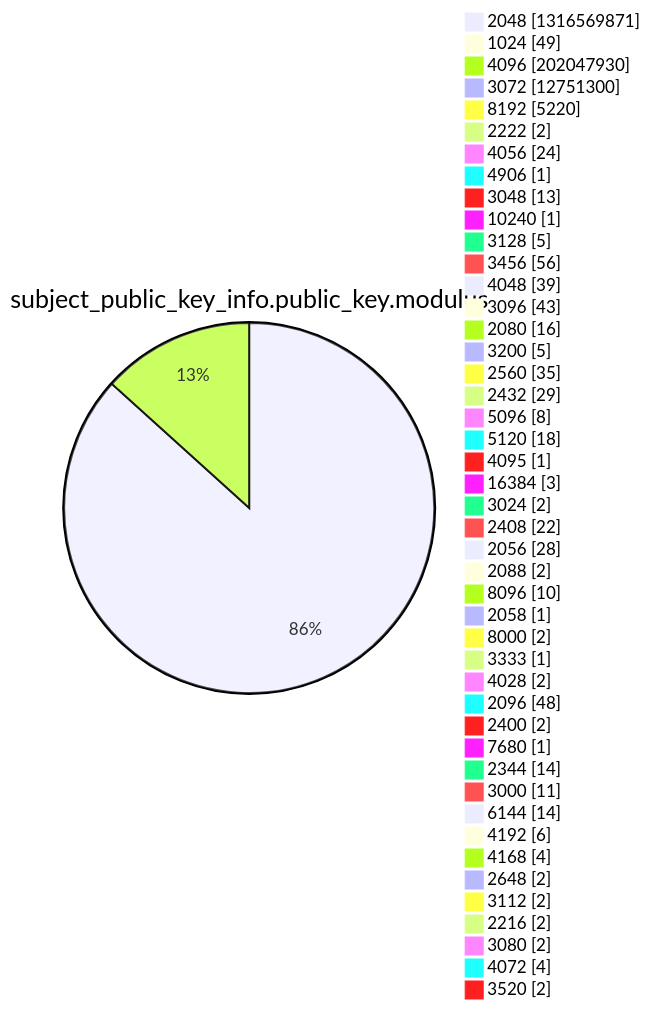
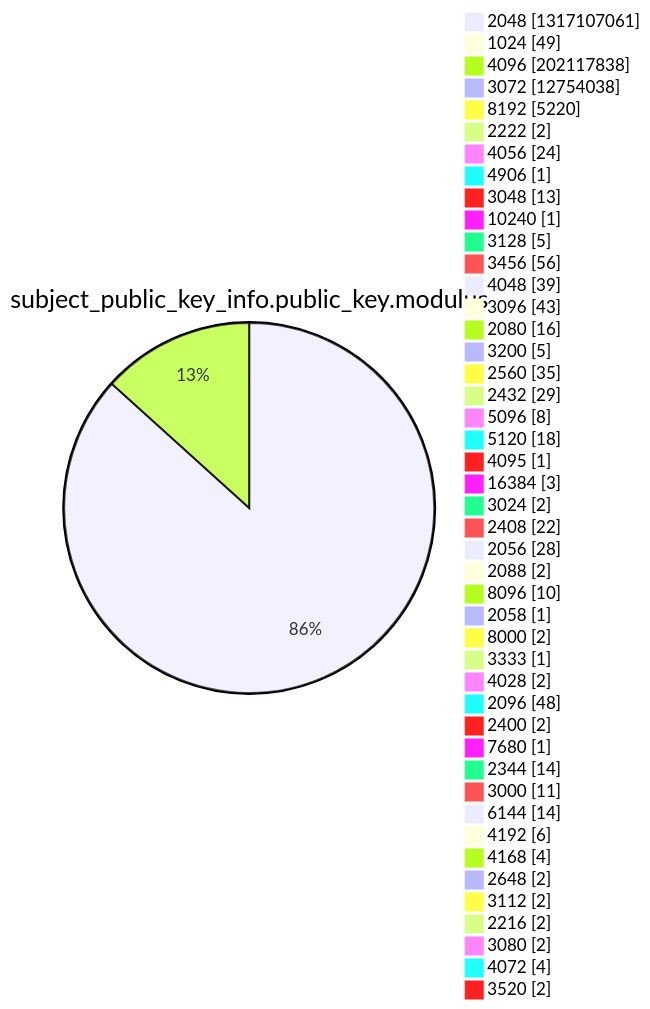
Before and after one commit to christiankrug/ctmonitor_visualization: diagram 13 of 15 in xenon2022/README.md, drawn with Mermaid. The commit also changed other lines of this file, not shown here.

````diff
--- a/xenon2022/README.md
+++ b/xenon2022/README.md
@@ -3924,49 +3924,49 @@
 ```mermaid
 pie showData
 title subject_public_key_info.public_key.modulus
-"2048" :1316569871
+"2048" :1317107061
 "1024" :49
-"4096" :202047930
-"3072" :12751300
+"4096" :202117838
+"3072" :12754038
 "8192" :5220
 "2222" :2
 "4056" :24
 "4906" :1
 "3048" :13
 "10240" :1
 "3128" :5
 "3456" :56
 "4048" :39
 "3096" :43
 "2080" :16
 "3200" :5
 "2560" :35
 "2432" :29
 "5096" :8
 "5120" :18
 "4095" :1
 "16384" :3
 "3024" :2
 "2408" :22
 "2056" :28
 "2088" :2
 "8096" :10
 "2058" :1
 "8000" :2
 "3333" :1
 "4028" :2
 "2096" :48
 "2400" :2
 "7680" :1
 "2344" :14
 "3000" :11
 "6144" :14
 "4192" :6
 "4168" :4
 "2648" :2
 "3112" :2
 "2216" :2
 "3080" :2
 "4072" :4
 "3520" :2
 ```
````
